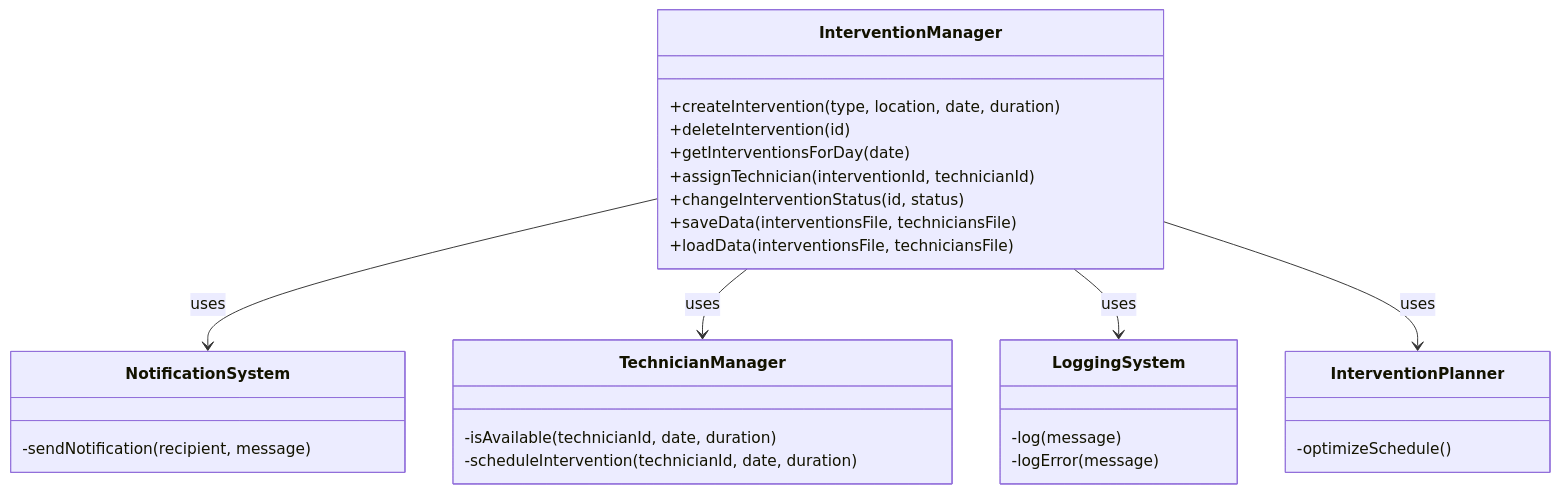
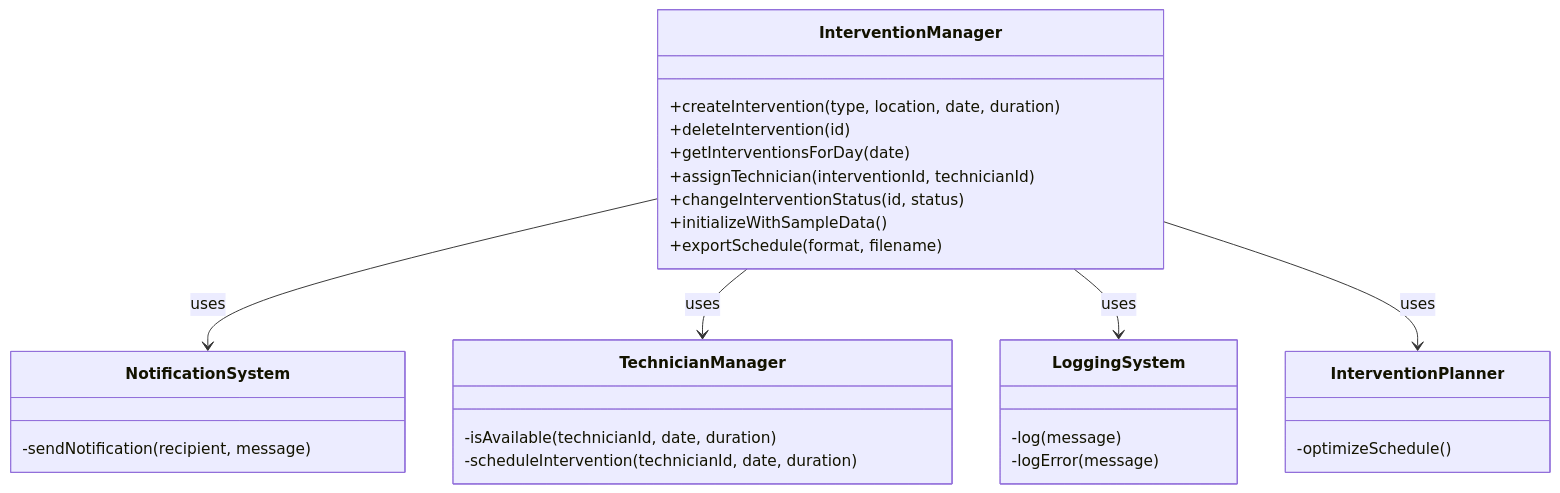
The third of 6 diagrams in README.md (Krys012/TechInterventionPlanner), drawn with Mermaid before and after one commit. The commit also changed other lines of this file and 4 other files, not shown here.

````diff
--- a/README.md
+++ b/README.md
@@ -138,31 +139,31 @@
 ```mermaid
 classDiagram
   class InterventionManager {
     +createIntervention(type, location, date, duration)
     +deleteIntervention(id)
     +getInterventionsForDay(date)
     +assignTechnician(interventionId, technicianId)
     +changeInterventionStatus(id, status)
-    +saveData(interventionsFile, techniciansFile)
-    +loadData(interventionsFile, techniciansFile)
+    +initializeWithSampleData()
+    +exportSchedule(format, filename)
   }
   class NotificationSystem {
     -sendNotification(recipient, message)
   }
   class TechnicianManager {
     -isAvailable(technicianId, date, duration)
     -scheduleIntervention(technicianId, date, duration)
   }
   class LoggingSystem {
     -log(message)
     -logError(message)
   }
   class InterventionPlanner {
     -optimizeSchedule()
   }
 
   InterventionManager --> NotificationSystem : uses
   InterventionManager --> TechnicianManager : uses
   InterventionManager --> LoggingSystem : uses
   InterventionManager --> InterventionPlanner : uses
 ```
````
